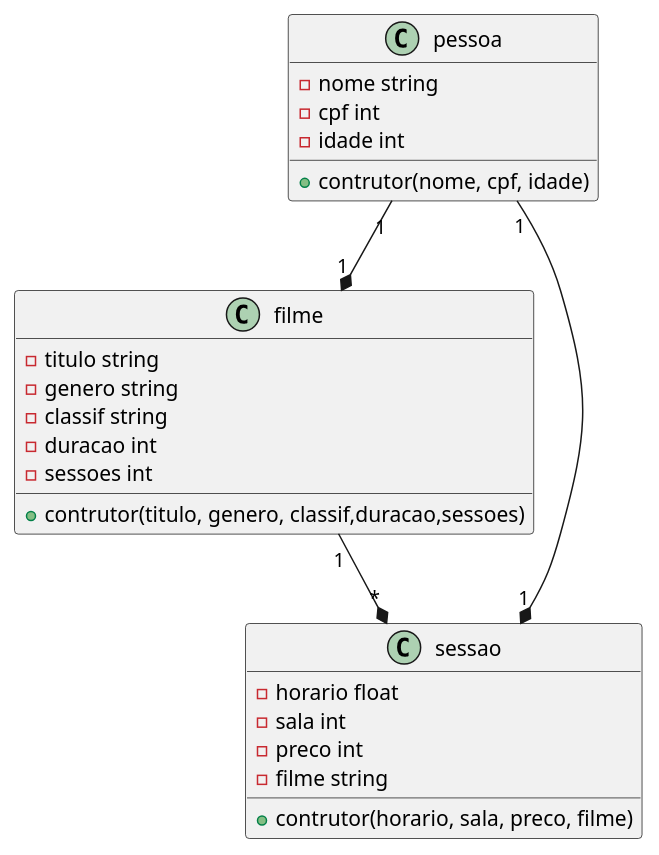
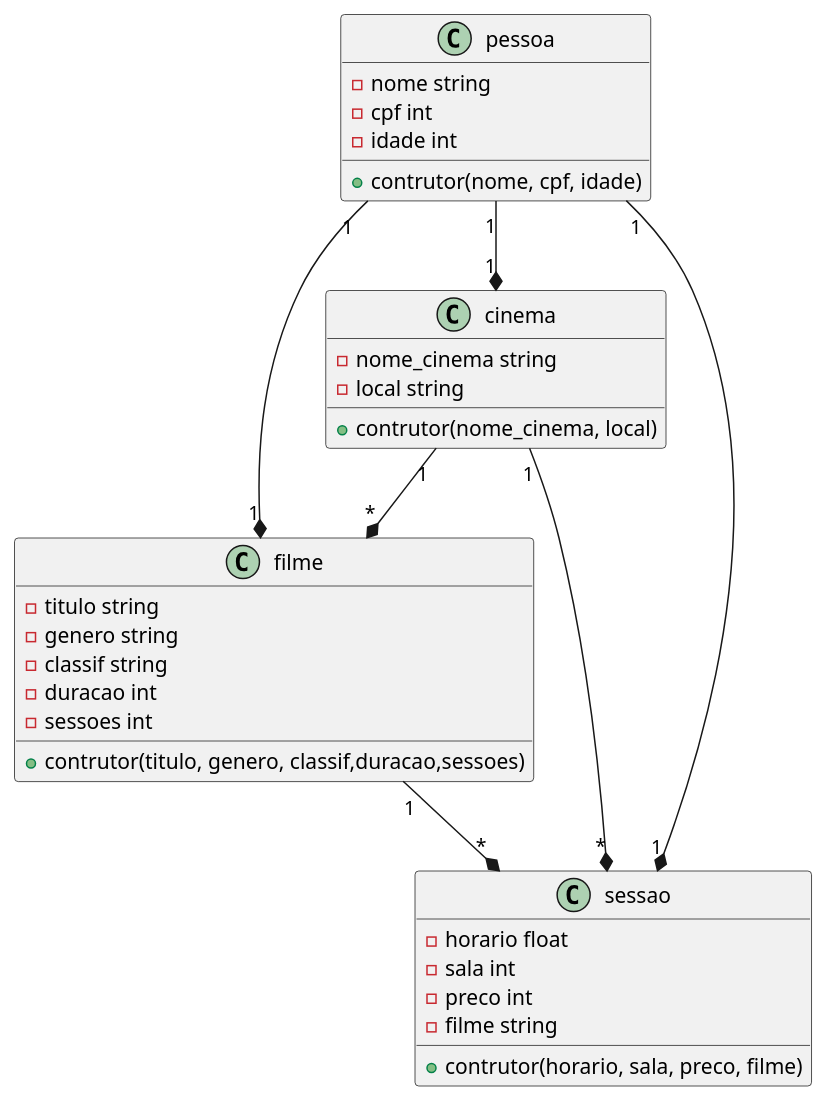
The diagram in diagrama_filme.plantuml (anleaes/2023-1-N1-POO-10), drawn with PlantUML before and after one commit.

Commit message:
Update diagrama_filme.plantuml
Correção do diagrama

```diff
--- a/diagrama_filme.plantuml
+++ b/diagrama_filme.plantuml
@@ -1,32 +1,40 @@
-@startuml filme
+@startuml Cinema
+
+class cinema{
+-nome_cinema string
+-local string
++contrutor(nome_cinema, local)
+}
 
 class pessoa{
 -nome string
 -cpf int
 -idade int
 +contrutor(nome, cpf, idade)
 }
 
 class filme{
 -titulo string
 -genero string
 -classif string
 -duracao int
 -sessoes int
 +contrutor(titulo, genero, classif,duracao,sessoes)
 }
 
 class sessao{
 -horario float
 -sala int
 -preco int
 -filme string
 +contrutor(horario, sala, preco, filme)
 }
 
-
+pessoa "1" --* "1" cinema
+cinema "1" --* "*" filme
+cinema "1" --* "*" sessao
 pessoa "1" --* "1" filme
 filme "1" --* "*" sessao
 pessoa "1" --* "1" sessao
 
 @enduml
```
